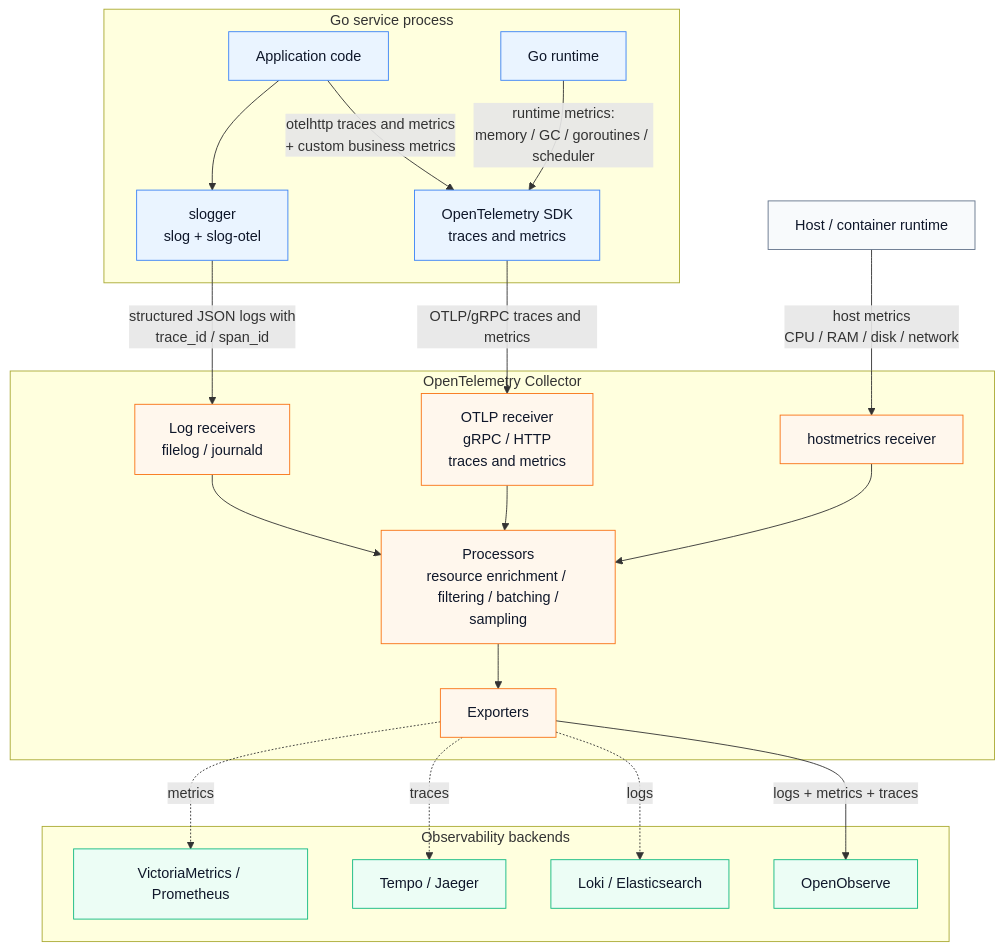
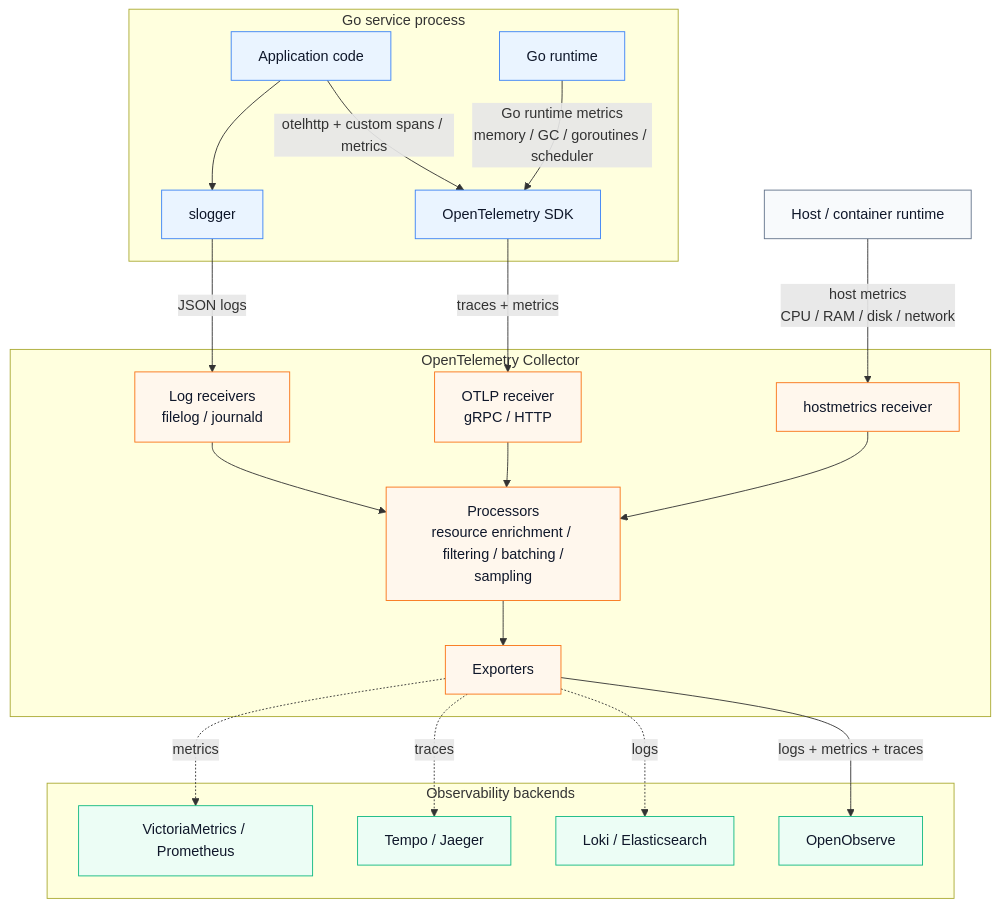
The diagram in observability/architecture.md (LeKovr/go-kit), drawn with Mermaid before and after one commit. The commit also changed other lines of this file, not shown here.

Commit message:
upd architecture doc

````diff
--- a/observability/architecture.md
+++ b/observability/architecture.md
@@ -11,53 +11,53 @@
 ```mermaid
 flowchart TB
     subgraph app_layer["Go service process"]
         app["Application code"]
         runtime["Go runtime"]
-        otel["OpenTelemetry SDK<br/>traces and metrics"]
-        logger["slogger<br/>slog + slog-otel"]
+        otel["OpenTelemetry SDK"]
+        logger["slogger"]
 
-        app --> |"otelhttp traces and metrics<br/>+ custom business metrics"| otel
-        runtime -->|"runtime metrics:<br/>memory / GC / goroutines / scheduler"| otel
+        app --> |"otelhttp + custom spans / metrics"| otel
+        runtime -->|"Go runtime metrics<br/>memory / GC / goroutines / scheduler"| otel
         app --> logger
     end
 
     host["Host / container runtime"]
 
     subgraph collector_layer["OpenTelemetry Collector"]
-        otlp_receiver["OTLP receiver<br/>gRPC / HTTP<br/>traces and metrics"]
+        otlp_receiver["OTLP receiver<br/>gRPC / HTTP"]
         log_receiver["Log receivers<br/>filelog / journald"]
         hostmetrics_receiver["hostmetrics receiver"]
         processors["Processors<br/>resource enrichment / <br/> filtering / batching / sampling"]
         exporters["Exporters"]
 
         otlp_receiver --> processors
         log_receiver --> processors
         hostmetrics_receiver --> processors
         processors --> exporters
     end
 
     subgraph backend_layer["Observability backends"]
         openobserve["OpenObserve"]
         logs_backend["Loki / Elasticsearch"]
         traces_backend["Tempo / Jaeger"]
         metrics_backend["VictoriaMetrics / Prometheus"]
     end
 
-    otel -->|"OTLP/gRPC traces and metrics"| otlp_receiver
-    logger -->|"structured JSON logs with<br/>trace_id / span_id"| log_receiver
+    otel -->|"traces + metrics"| otlp_receiver
+    logger -->|"JSON logs"| log_receiver
     host -->|"host metrics<br/>CPU / RAM / disk / network"| hostmetrics_receiver
     exporters -->|"logs + metrics + traces"| openobserve
     exporters -.->|"logs"| logs_backend
     exporters -.->|"traces"| traces_backend
     exporters -.->|"metrics"| metrics_backend
 
     classDef app fill:#eaf4ff,stroke:#3b82f6,color:#0f172a
     classDef boundary fill:#f8fafc,stroke:#64748b,color:#0f172a
     classDef collector fill:#fff7ed,stroke:#f97316,color:#0f172a
     classDef backend fill:#ecfdf5,stroke:#10b981,color:#0f172a
 
     class app,otel,runtime,logger app
     class host boundary
     class otlp_receiver,log_receiver,hostmetrics_receiver,processors,exporters collector
     class openobserve,logs_backend,traces_backend,metrics_backend backend
 ```
````
